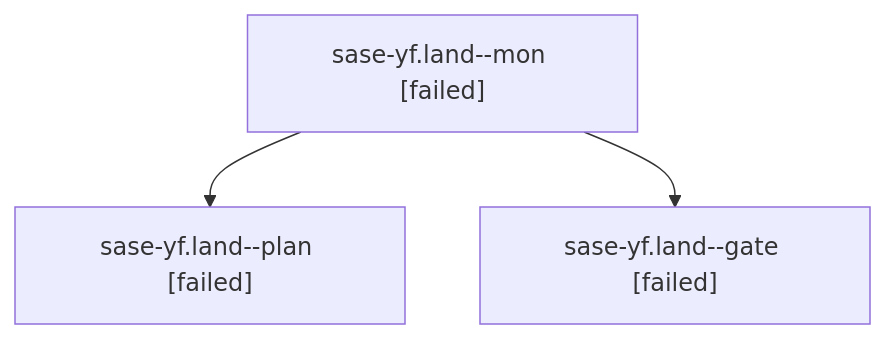
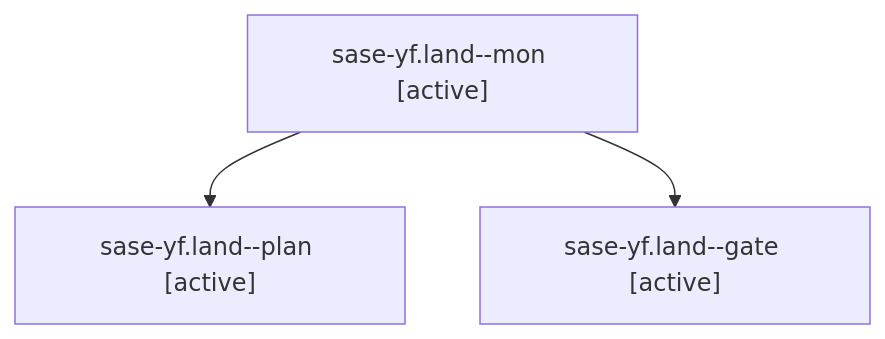
Before and after one commit to sase-org/sase--agents: the diagram in families/bbugyi200.athena.sase-yf.land.md, drawn with Mermaid. The commit also changed other lines of this file and 35830 other files, not shown here.

````diff
--- a/families/bbugyi200.athena.sase-yf.land.md
+++ b/families/bbugyi200.athena.sase-yf.land.md
@@ -9,8 +9,8 @@
 ```mermaid
 flowchart TD
-  n0["sase-yf.land--mon [failed]"]
-  n1["sase-yf.land--plan [failed]"]
+  n0["sase-yf.land--mon [active]"]
+  n1["sase-yf.land--plan [active]"]
   n0 --> n1
-  n2["sase-yf.land--gate [failed]"]
+  n2["sase-yf.land--gate [active]"]
   n0 --> n2
 ```
````
